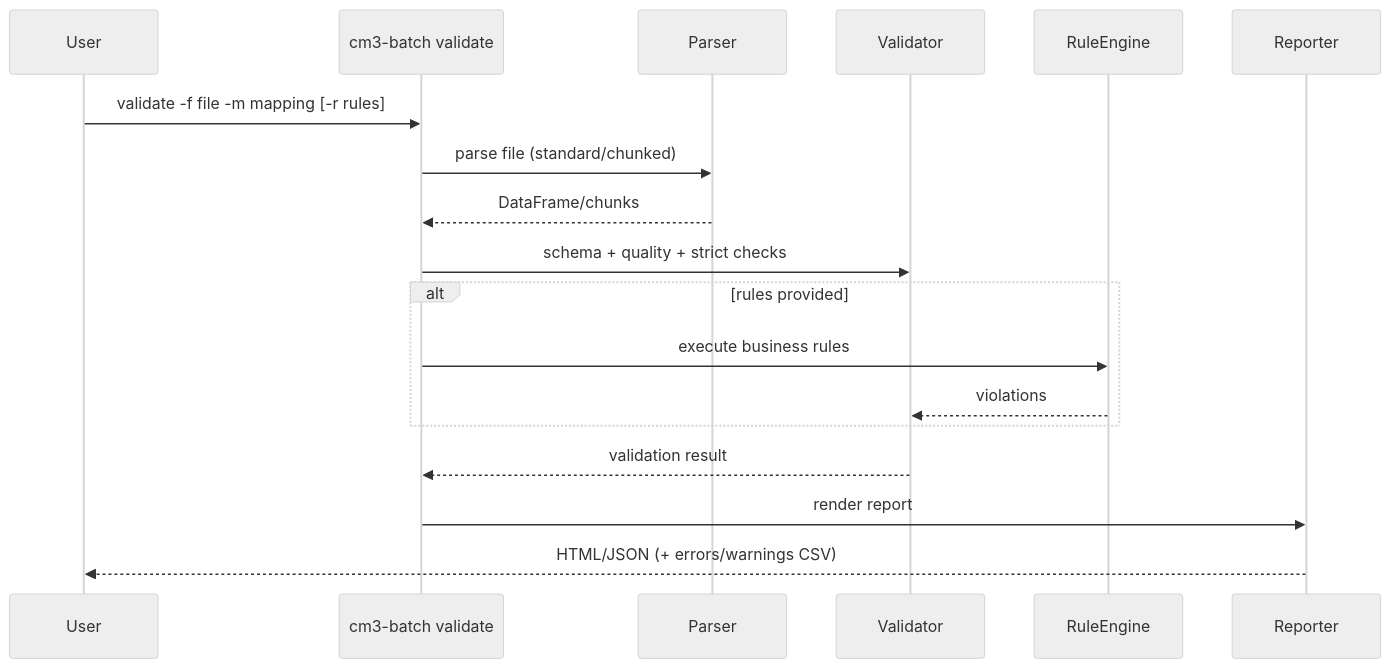
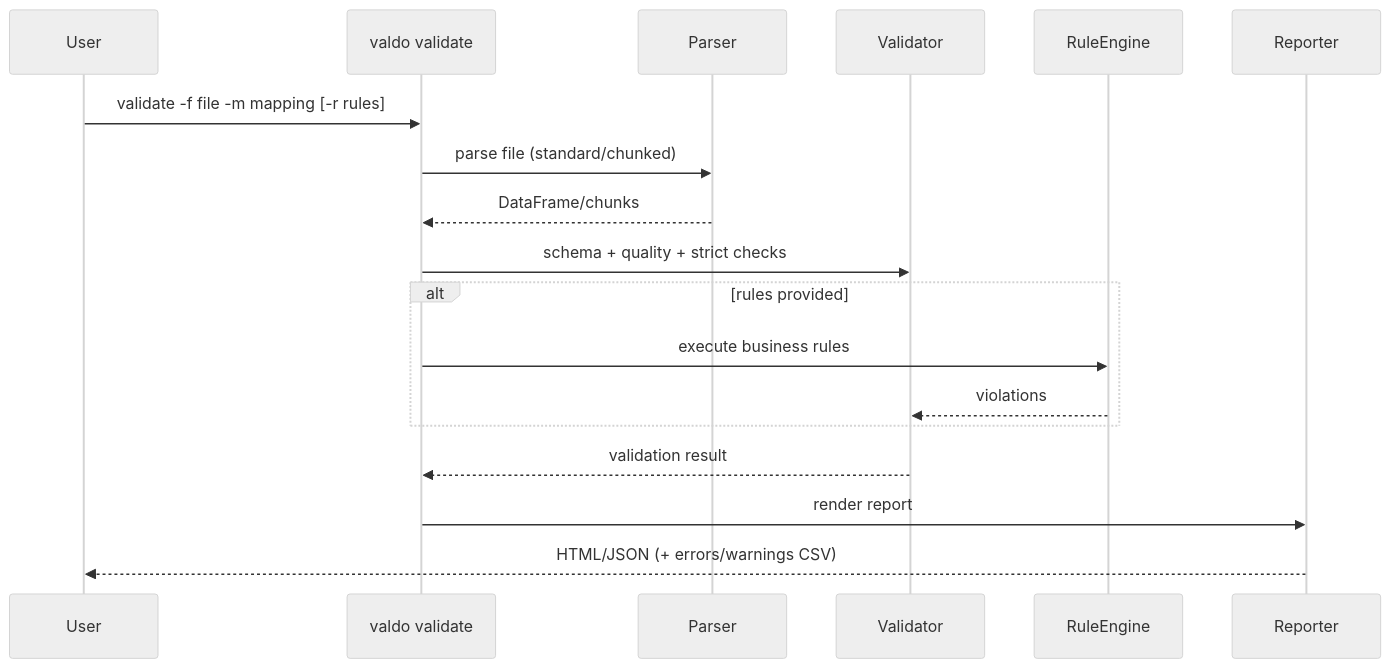
The second of 2 diagrams in docs/architecture.md (buddy-k23/cm3-batch-automations), drawn with Mermaid (neutral theme) before and after one commit. The commit also changed other lines of this file and 49 other files, not shown here.

First line of the commit message:
feat: rename app from CM3 Batch Automations to Valdo

````diff
--- a/docs/architecture.md
+++ b/docs/architecture.md
@@ -46,21 +46,21 @@
 ```mermaid
 sequenceDiagram
     participant User
-    participant CLI as cm3-batch validate
+    participant CLI as valdo validate
     participant Parser
     participant Validator
     participant Rules as RuleEngine
     participant Reporter
 
     User->>CLI: validate -f file -m mapping [-r rules]
     CLI->>Parser: parse file (standard/chunked)
     Parser-->>CLI: DataFrame/chunks
     CLI->>Validator: schema + quality + strict checks
     alt rules provided
       CLI->>Rules: execute business rules
       Rules-->>Validator: violations
     end
     Validator-->>CLI: validation result
     CLI->>Reporter: render report
     Reporter-->>User: HTML/JSON (+ errors/warnings CSV)
 ```
````
